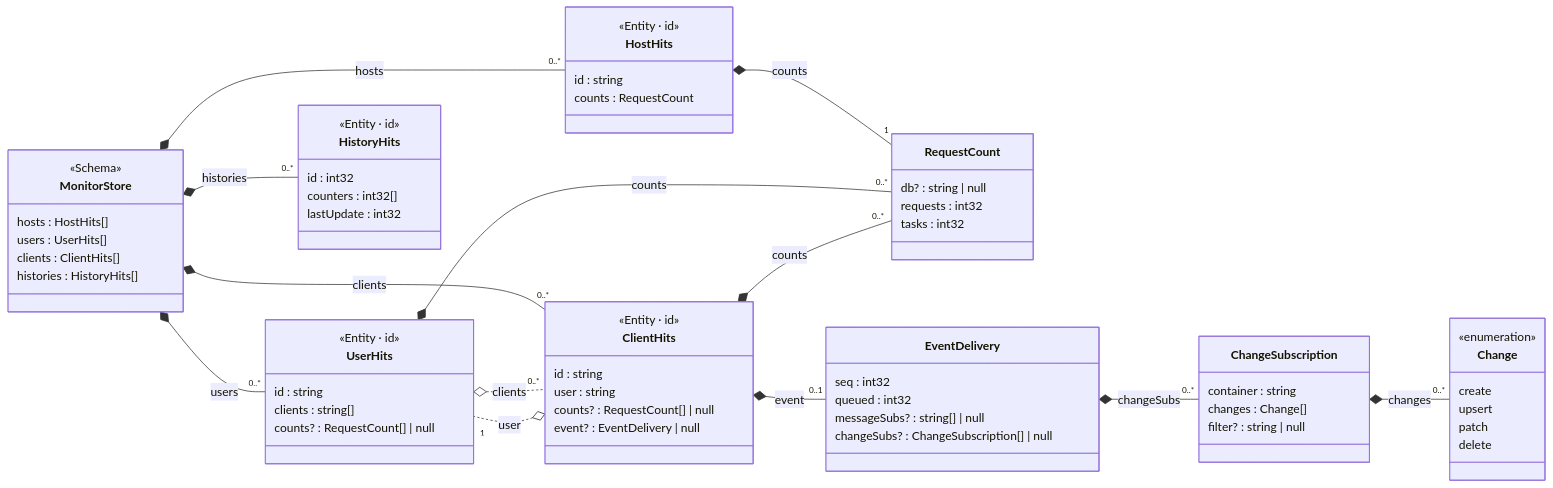
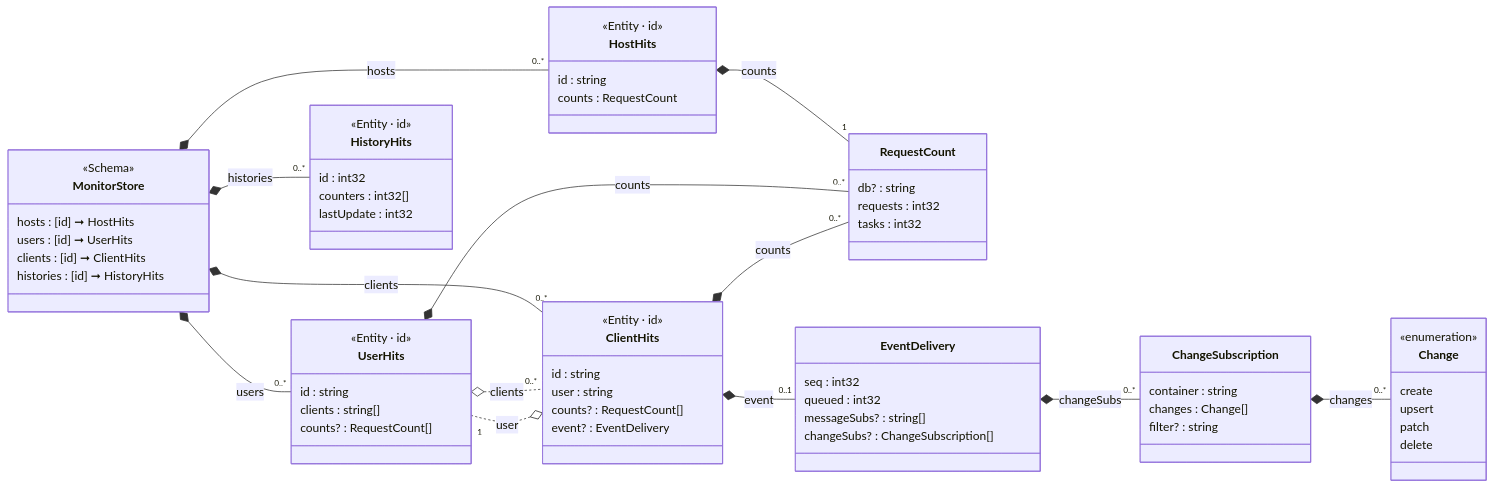
The diagram in Json.Tests/assets~/Schema/Markdown/MonitorStore/class-diagram.md (friflo/Friflo.Json.Fliox), drawn with Mermaid before and after one commit. The commit also changed 8 other files, not shown here.

Commit message:
Schema/Language/Mermaid - change format of maps (Dictionaries) and optional fields

````diff
--- a/Json.Tests/assets~/Schema/Markdown/MonitorStore/class-diagram.md
+++ b/Json.Tests/assets~/Schema/Markdown/MonitorStore/class-diagram.md
@@ -1,83 +1,83 @@
 ```mermaid
 classDiagram
 direction LR
 
 class MonitorStore:::cssSchema {
     <<Schema>>
     <<abstract>>
-    hosts      : HostHits[]
-    users      : UserHits[]
-    clients    : ClientHits[]
-    histories  : HistoryHits[]
+    hosts      : [id] ➞ HostHits
+    users      : [id] ➞ UserHits
+    clients    : [id] ➞ ClientHits
+    histories  : [id] ➞ HistoryHits
 }
 MonitorStore *-- "0..*" HostHits : hosts
 MonitorStore *-- "0..*" UserHits : users
 MonitorStore *-- "0..*" ClientHits : clients
 MonitorStore *-- "0..*" HistoryHits : histories
 
 class HostHits:::cssEntity {
     <<Entity · id>>
     id      : string
     counts  : RequestCount
 }
 HostHits *-- "1" RequestCount : counts
 
 class UserHits:::cssEntity {
     <<Entity · id>>
     id       : string
     clients  : string[]
-    counts?  : RequestCount[] | null
+    counts?  : RequestCount[]
 }
 UserHits o.. "0..*" ClientHits : clients
 UserHits *-- "0..*" RequestCount : counts
 
 class ClientHits:::cssEntity {
     <<Entity · id>>
     id      : string
     user    : string
-    counts? : RequestCount[] | null
-    event?  : EventDelivery | null
+    counts? : RequestCount[]
+    event?  : EventDelivery
 }
 ClientHits o.. "1" UserHits : user
 ClientHits *-- "0..*" RequestCount : counts
 ClientHits *-- "0..1" EventDelivery : event
 
 class HistoryHits:::cssEntity {
     <<Entity · id>>
     id          : int32
     counters    : int32[]
     lastUpdate  : int32
 }
 
 class RequestCount {
-    db?       : string | null
+    db?       : string
     requests  : int32
     tasks     : int32
 }
 
 class EventDelivery {
     seq          : int32
     queued       : int32
-    messageSubs? : string[] | null
-    changeSubs?  : ChangeSubscription[] | null
+    messageSubs? : string[]
+    changeSubs?  : ChangeSubscription[]
 }
 EventDelivery *-- "0..*" ChangeSubscription : changeSubs
 
 class ChangeSubscription {
     container  : string
     changes    : Change[]
-    filter?    : string | null
+    filter?    : string
 }
 ChangeSubscription *-- "0..*" Change : changes
 
 class Change:::cssEnum {
     <<enumeration>>
     create
     upsert
     patch
     delete
 }
 
 
 
 ```
````
